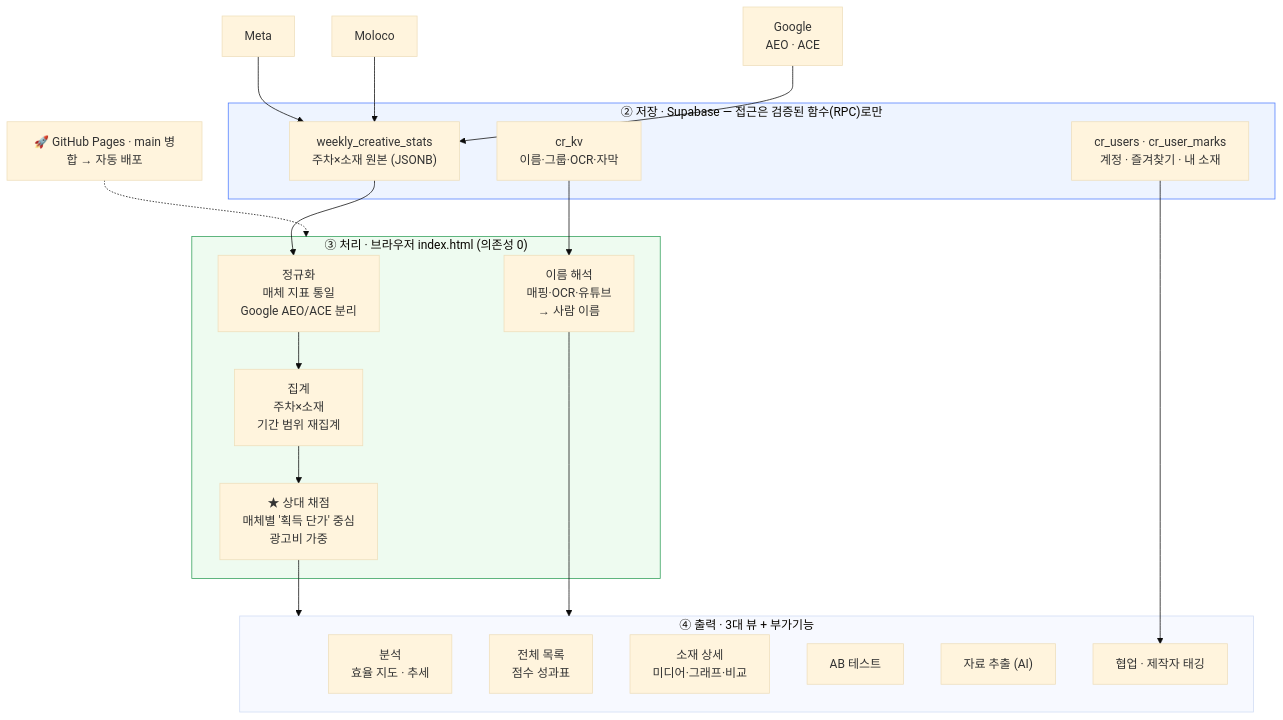
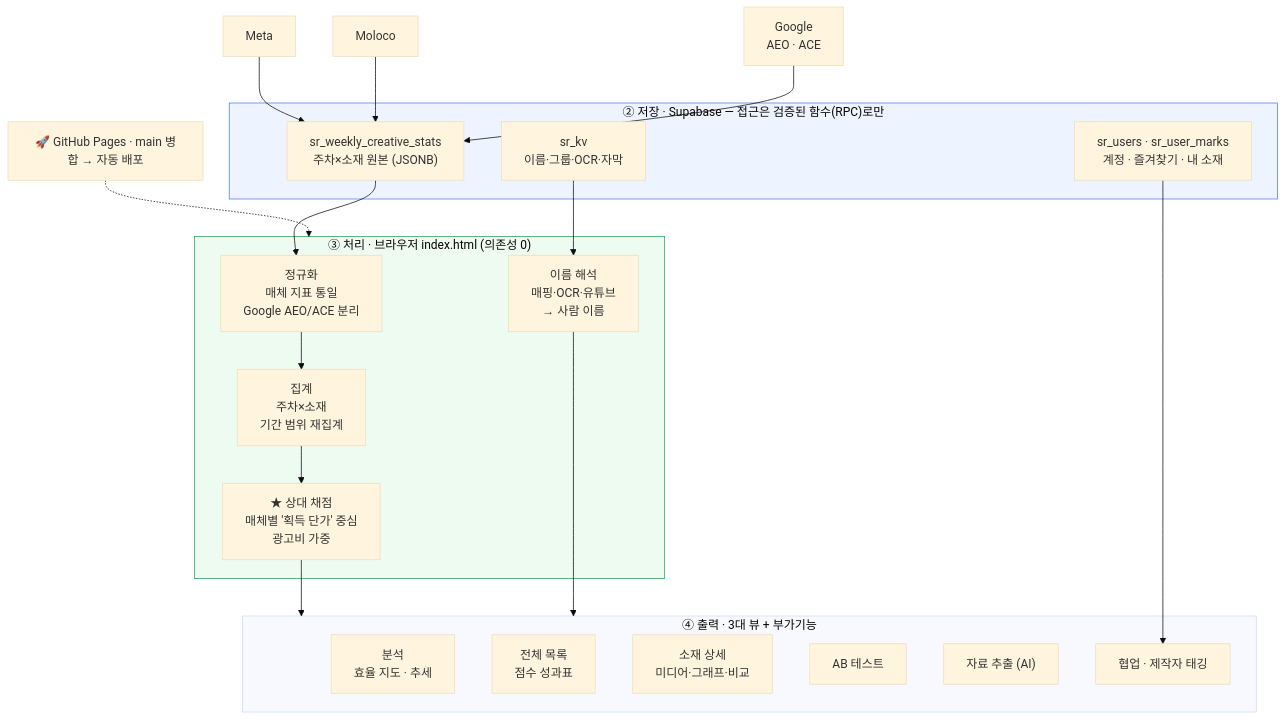
One commit to hansy-daangn/CreativeReporter changed the second of 4 diagrams in docs/PRESENTATION.md. Above: the diagram before and after it, drawn with Mermaid (base theme). The commit also changed other lines of this file and 3 other files, not shown here.

````diff
--- a/docs/PRESENTATION.md
+++ b/docs/PRESENTATION.md
@@ -128,41 +128,41 @@
 ```mermaid
 flowchart TD
     META["Meta"] --> W
     MOL["Moloco"] --> W
     GOOG["Google<br/>AEO · ACE"] --> W
 
     subgraph STORE["② 저장 · Supabase — 접근은 검증된 함수(RPC)로만"]
-      W["weekly_creative_stats<br/>주차×소재 원본 (JSONB)"]
-      KV["cr_kv<br/>이름·그룹·OCR·자막"]
-      MK["cr_users · cr_user_marks<br/>계정 · 즐겨찾기 · 내 소재"]
+      W["sr_weekly_creative_stats<br/>주차×소재 원본 (JSONB)"]
+      KV["sr_kv<br/>이름·그룹·OCR·자막"]
+      MK["sr_users · sr_user_marks<br/>계정 · 즐겨찾기 · 내 소재"]
     end
 
     subgraph BROW["③ 처리 · 브라우저 index.html (의존성 0)"]
       NORM["정규화<br/>매체 지표 통일<br/>Google AEO/ACE 분리"]
       AGG["집계<br/>주차×소재<br/>기간 범위 재집계"]
       SCORE["★ 상대 채점<br/>매체별 '획득 단가' 중심<br/>광고비 가중"]
       NAME["이름 해석<br/>매핑·OCR·유튜브<br/>→ 사람 이름"]
       NORM --> AGG --> SCORE
     end
 
     subgraph OUT["④ 출력 · 3대 뷰 + 부가기능"]
       V1["분석<br/>효율 지도 · 추세"]
       V2["전체 목록<br/>점수 성과표"]
       V3["소재 상세<br/>미디어·그래프·비교"]
       AB["AB 테스트"]
       EX["자료 추출 (AI)"]
       CO["협업 · 제작자 태깅"]
     end
 
     W --> NORM
     KV --> NAME
     SCORE --> OUT
     NAME --> OUT
     MK --> CO
     DEP["🚀 GitHub Pages · main 병합 → 자동 배포"] -.-> BROW
 
     classDef store fill:#eef4ff,stroke:#4d7cff;
     classDef brow fill:#eefbf0,stroke:#2e9e57;
     class STORE store;
     class BROW brow;
 ```
````
